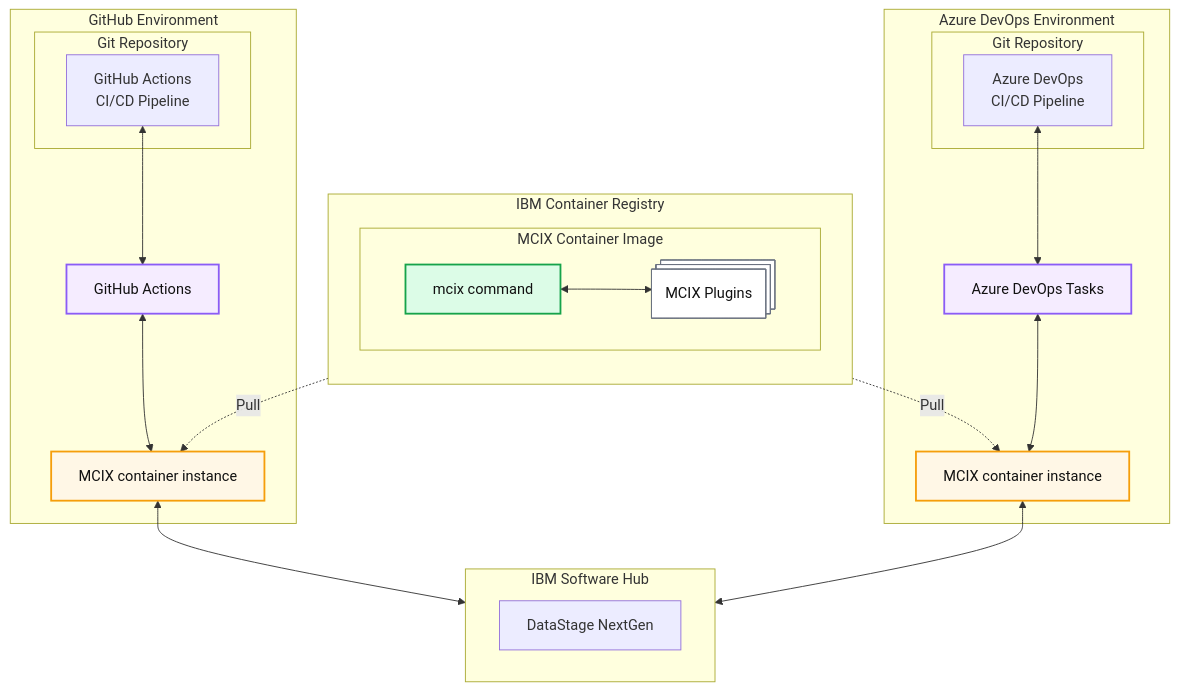
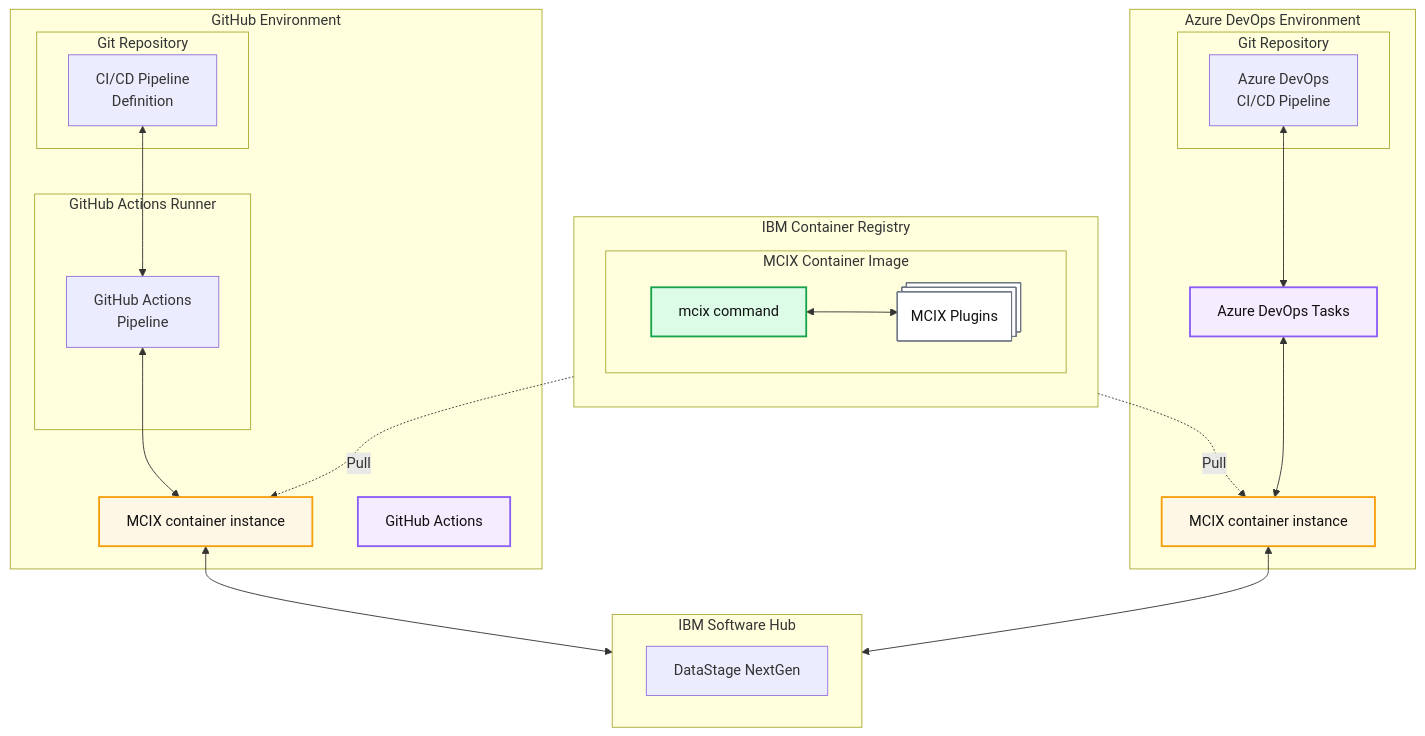
Before and after one commit to MettleCI/mcix: the diagram in ARCHITECTURE.md, drawn with Mermaid.

```diff
--- a/ARCHITECTURE.md
+++ b/ARCHITECTURE.md
@@ -16,8 +16,12 @@
   %% =========================
   subgraph GH["GitHub Environment"]
       subgraph GHREPO["Git Repository"]
-        GHPIPE["GitHub Actions<br/>CI/CD Pipeline"]
+        GHPIPE["CI/CD Pipeline<br/>Definition"]
       end
+      subgraph GHRUN["GitHub Actions Runner"]
+        GHACT["GitHub Actions<br/>Pipeline"]
+      end
+
       GHCONT["MCIX container instance"]
       GHA["GitHub Actions"]
   end
@@ -25,8 +29,8 @@
   class GHCONT runtime
 
   %% GH Tooling references 
-  GHPIPE <--> GHA
-  GHA <--> GHCONT
+  GHPIPE <--> GHACT
+  GHACT <--> GHCONT
 
   %% =========================
   %% Registry
```
